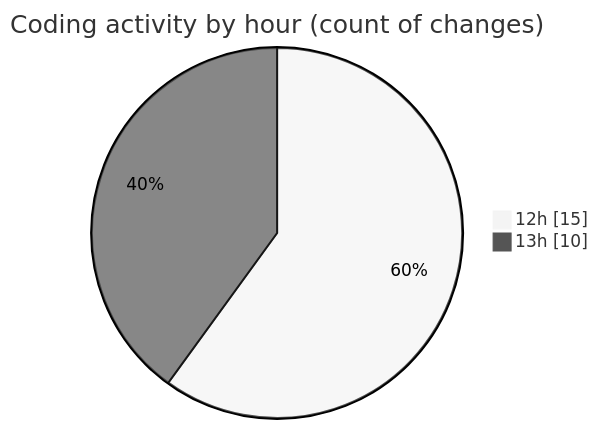
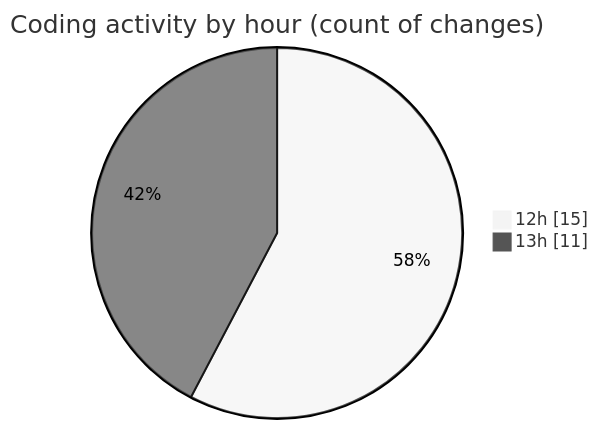
The second of 2 diagrams in 2025-03-27/wordle/README.md (donsfak/code-tracking), drawn with Mermaid (neutral theme) before and after one commit. The commit also changed other lines of this file and 1 other file, not shown here.

````diff
--- a/2025-03-27/wordle/README.md
+++ b/2025-03-27/wordle/README.md
@@ -37,6 +37,6 @@
 ```mermaid
 pie showData
 title Coding activity by hour (count of changes)
 "12h" : 15
-"13h" : 10
+"13h" : 11
 ```
````
